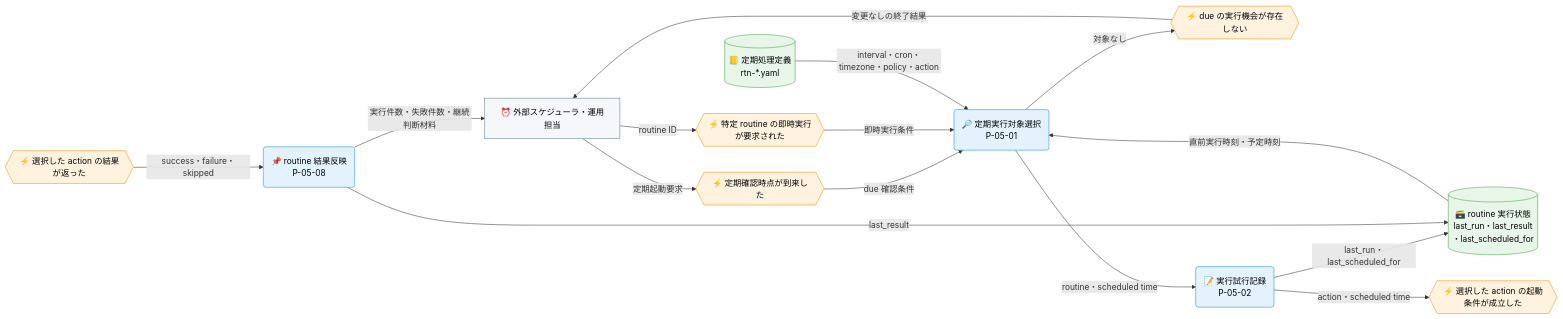
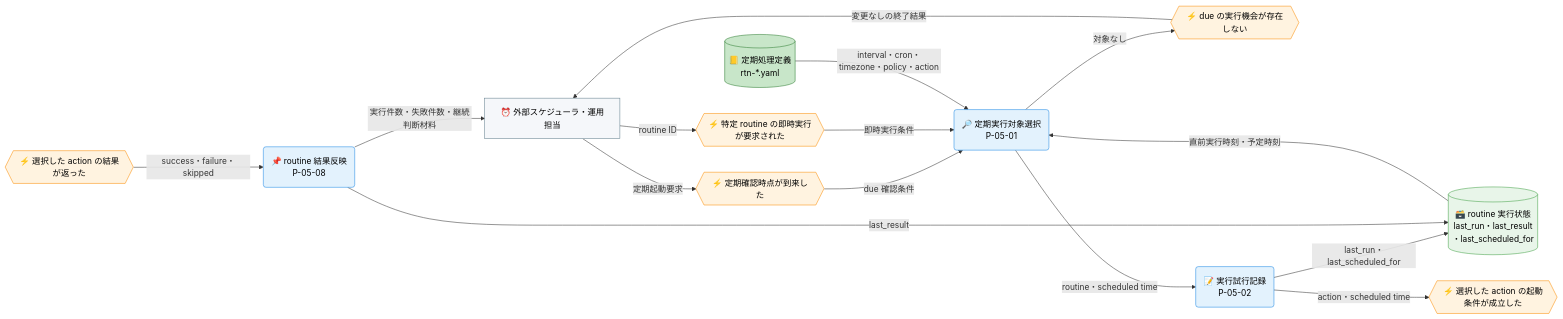
The first of 3 diagrams in docs/ja/product/010-business-specs/010-data-flow/cdfd-routine.md (specdojo/specdojo), drawn with Mermaid before and after one commit. The commit also changed other lines of this file and 6 other files, not shown here.

````diff
--- a/docs/ja/product/010-business-specs/010-data-flow/cdfd-routine.md
+++ b/docs/ja/product/010-business-specs/010-data-flow/cdfd-routine.md
@@ -74,42 +74,44 @@
 ```mermaid
 flowchart LR
   classDef process fill:#e3f2fd,stroke:#1e88e5,color:#000
   classDef event fill:#fff3e0,stroke:#fb8c00,color:#000
-  classDef store fill:#e8f5e9,stroke:#43a047,color:#000
+  classDef storeMaster fill:#c8e6c9,stroke:#2e7d32,color:#000
+  classDef storeTransaction fill:#e8f5e9,stroke:#43a047,color:#000
   classDef actor fill:#f5f7fa,stroke:#607d8b,color:#000
 
   外部起動者["⏰ 外部スケジューラ・運用担当"]
 
   定期確認時点{{"⚡ 定期確認時点が到来した"}}
   即時実行要求{{"⚡ 特定 routine の即時実行が要求された"}}
   対象なし{{"⚡ due の実行機会が存在しない"}}
   action起動{{"⚡ 選択した action の起動条件が成立した"}}
   action結果返却{{"⚡ 選択した action の結果が返った"}}
 
   定期実行対象選択("🔎 定期実行対象選択<br>P-05-01")
   実行試行記録("📝 実行試行記録<br>P-05-02")
   routine結果反映("📌 routine 結果反映<br>P-05-08")
 
   定期処理定義[("📒 定期処理定義<br>rtn-*.yaml")]
   routine実行状態[("🗃️ routine 実行状態<br>last_run・last_result<br>・last_scheduled_for")]
 
   外部起動者 -->|"定期起動要求"| 定期確認時点
   外部起動者 -->|"routine ID"| 即時実行要求
   定期確認時点 -->|"due 確認条件"| 定期実行対象選択
   即時実行要求 -->|"即時実行条件"| 定期実行対象選択
   定期処理定義 -->|"interval・cron・timezone・policy・action"| 定期実行対象選択
   routine実行状態 -->|"直前実行時刻・予定時刻"| 定期実行対象選択
   定期実行対象選択 -->|"対象なし"| 対象なし
   対象なし -->|"変更なしの終了結果"| 外部起動者
   定期実行対象選択 -->|"routine・scheduled time"| 実行試行記録
   実行試行記録 -->|"last_run・last_scheduled_for"| routine実行状態
   実行試行記録 -->|"action・scheduled time"| action起動
   action結果返却 -->|"success・failure・skipped"| routine結果反映
   routine結果反映 -->|"last_result"| routine実行状態
   routine結果反映 -->|"実行件数・失敗件数・継続判断材料"| 外部起動者
 
   class 定期実行対象選択,実行試行記録,routine結果反映 process
   class 定期確認時点,即時実行要求,対象なし,action起動,action結果返却 event
-  class 定期処理定義,routine実行状態 store
+  class 定期処理定義 storeMaster
+  class routine実行状態 storeTransaction
   class 外部起動者 actor
 ```
````
